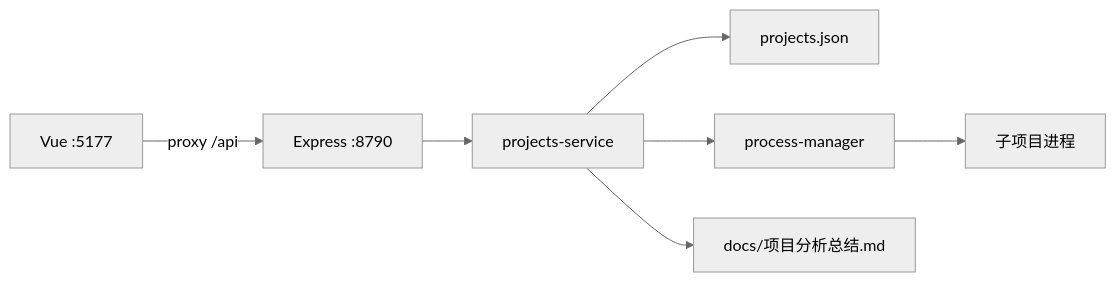
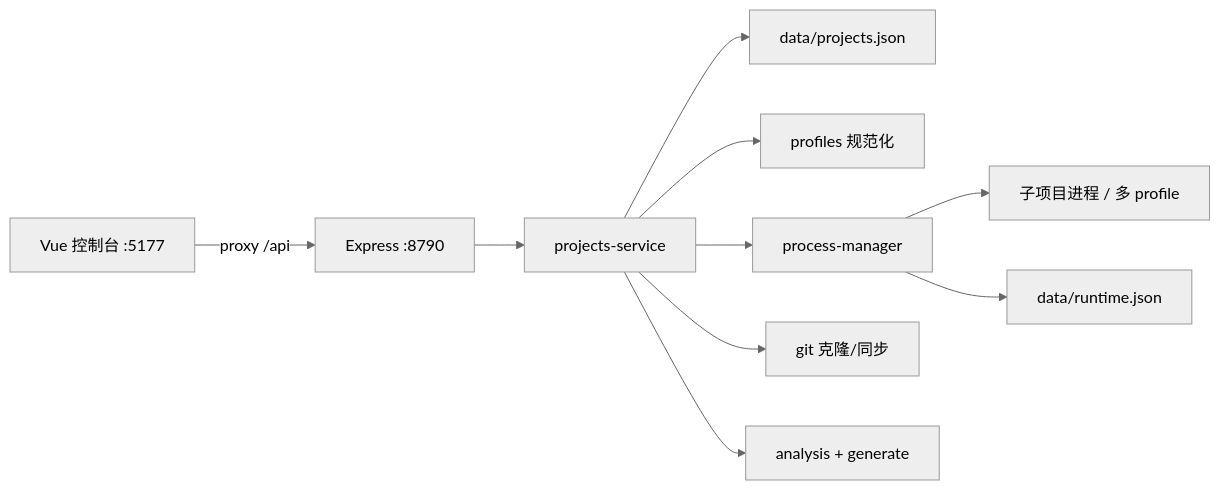
One commit to yxtao-lab/LabHub changed the diagram in docs/项目分析总结.md. Above: the diagram before and after it, drawn with Mermaid (neutral theme). The commit also changed other lines of this file and 47 other files, not shown here.

````diff
--- a/docs/项目分析总结.md
+++ b/docs/项目分析总结.md
@@ -113,9 +130,12 @@
 ```mermaid
 flowchart LR
-  UI["Vue :5177"] -->|proxy /api| API["Express :8790"]
+  UI["Vue 控制台 :5177"] -->|proxy /api| API["Express :8790"]
   API --> Service["projects-service"]
-  Service --> Store["projects.json"]
+  Service --> Store["data/projects.json"]
+  Service --> Profiles["profiles 规范化"]
   Service --> PM["process-manager"]
-  Service --> Analysis["docs/项目分析总结.md"]
-  PM --> Child["子项目进程"]
+  Service --> Git["git 克隆/同步"]
+  Service --> Analysis["analysis + generate"]
+  PM --> Child["子项目进程 / 多 profile"]
+  PM --> Runtime["data/runtime.json"]
 ```
````
